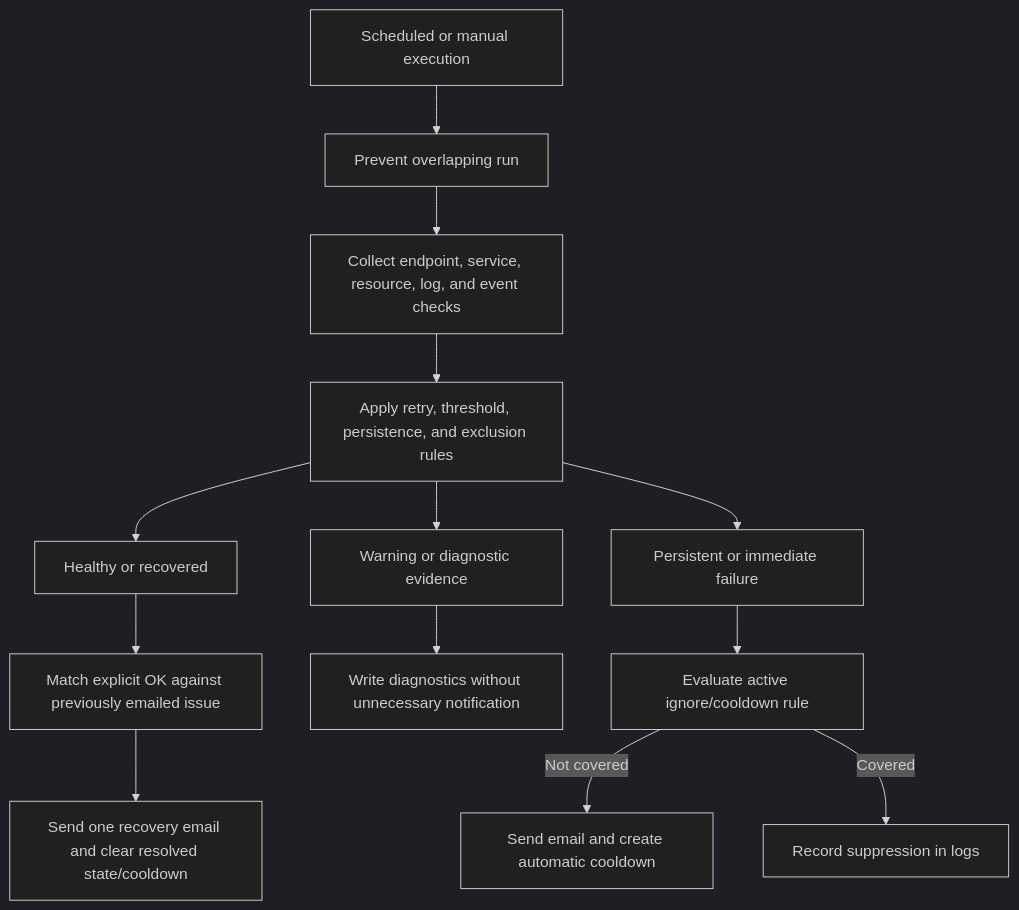
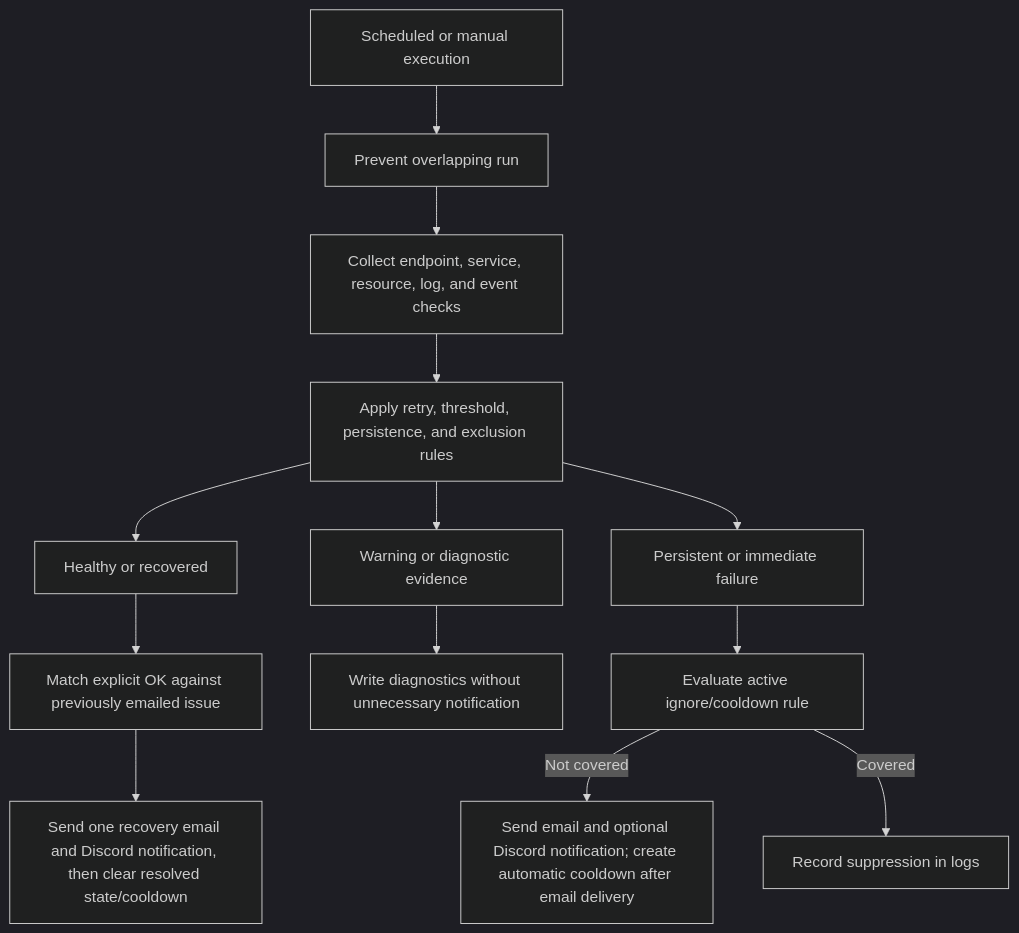
The fourth of 5 diagrams in docs/02-technical-design.md (Khaled-barbar/IT_Tools_DB_Management_Server_Tools), drawn with Mermaid (dark theme) before and after one commit. The commit also changed other lines of this file and 7 other files, not shown here.

````diff
--- a/docs/02-technical-design.md
+++ b/docs/02-technical-design.md
@@ -173,15 +173,15 @@
 ```mermaid
 flowchart TD
     Trigger["Scheduled or manual execution"] --> Lock["Prevent overlapping run"]
     Lock --> Collect["Collect endpoint, service, resource, log, and event checks"]
     Collect --> Evaluate["Apply retry, threshold, persistence, and exclusion rules"]
     Evaluate --> Healthy["Healthy or recovered"]
     Evaluate --> Degraded["Warning or diagnostic evidence"]
     Evaluate --> Failure["Persistent or immediate failure"]
     Healthy --> Recovery["Match explicit OK against previously emailed issue"]
-    Recovery --> RunLog["Send one recovery email and clear resolved state/cooldown"]
+    Recovery --> RunLog["Send one recovery email and Discord notification, then clear resolved state/cooldown"]
     Degraded --> ErrorLog["Write diagnostics without unnecessary notification"]
     Failure --> Ignore["Evaluate active ignore/cooldown rule"]
-    Ignore -->|Not covered| Email["Send email and create automatic cooldown"]
+    Ignore -->|Not covered| Email["Send email and optional Discord notification; create automatic cooldown after email delivery"]
     Ignore -->|Covered| Logs["Record suppression in logs"]
 ```
````
